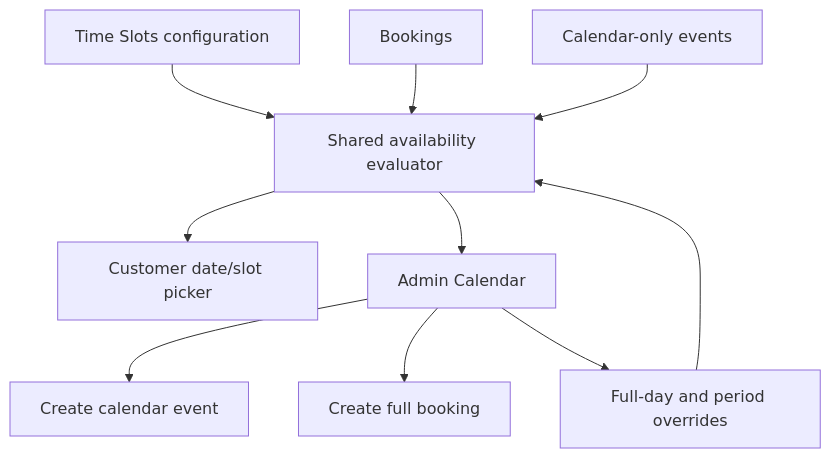
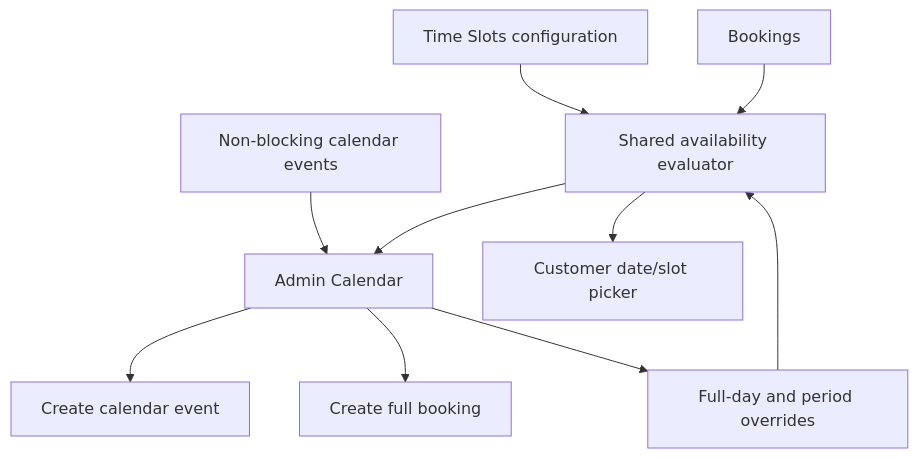
One commit to NanduKkd/milkywayy-booking changed the diagram in docs/admin-scheduling-calendar/ARCHITECTURE.md. Above: the diagram before and after it, drawn with Mermaid. The commit also changed other lines of this file and 4 other files, not shown here.

````diff
--- a/docs/admin-scheduling-calendar/ARCHITECTURE.md
+++ b/docs/admin-scheduling-calendar/ARCHITECTURE.md
@@ -12,12 +12,12 @@
 ```mermaid
 flowchart TD
     Config["Time Slots configuration"] --> Availability["Shared availability evaluator"]
     Overrides["Full-day and period overrides"] --> Availability
     Bookings["Bookings"] --> Availability
-    Events["Calendar-only events"] --> Availability
+    Events["Non-blocking calendar events"] --> Admin
     Availability --> Customer["Customer date/slot picker"]
     Availability --> Admin["Admin Calendar"]
     Admin --> EventCreate["Create calendar event"]
     Admin --> BookingCreate["Create full booking"]
     Admin --> Overrides
 ```
````
